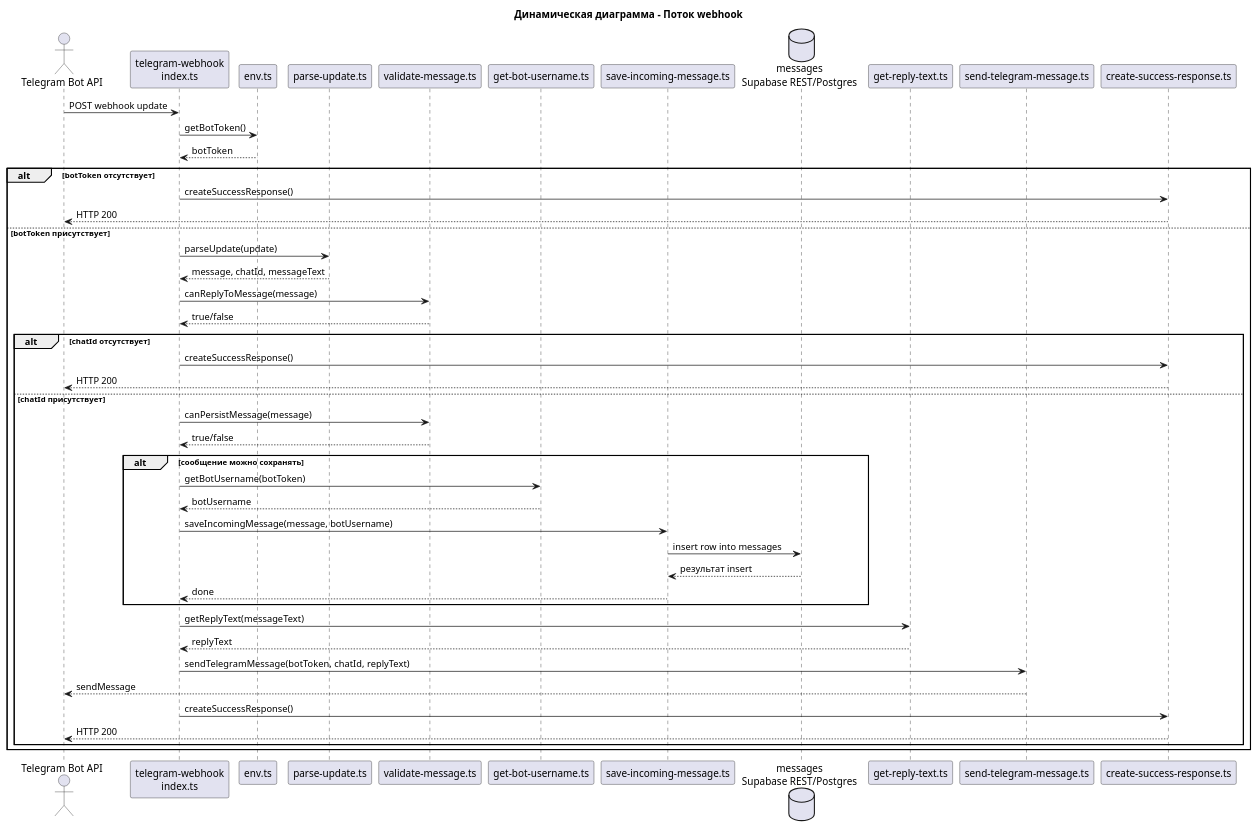
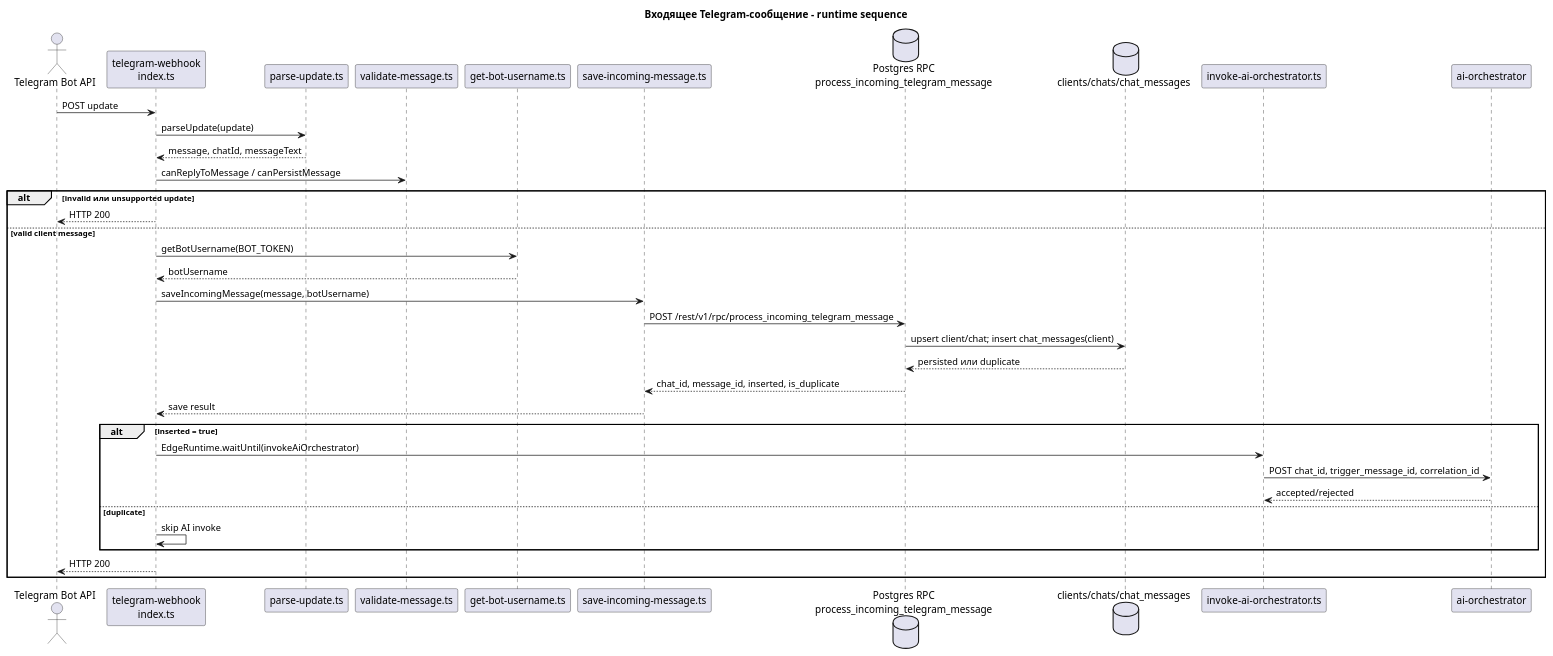
One commit to AbdulkaevGadel/vibeCodeFS changed the diagram in docs/c4/dynamic-webhook-flow.puml. Above: the diagram before and after it, drawn with PlantUML. The commit also changed 20 other files, not shown here.

Commit message:
docs(architecture): update ERD and C4 diagrams

```diff
--- a/docs/c4/dynamic-webhook-flow.puml
+++ b/docs/c4/dynamic-webhook-flow.puml
@@ -1,54 +1,43 @@
 @startuml
-title Динамическая диаграмма - Поток webhook
+title Входящее Telegram-сообщение - runtime sequence
 
 actor "Telegram Bot API" as Telegram
-participant "telegram-webhook\nindex.ts" as Entry
-participant "env.ts" as Env
+participant "telegram-webhook\nindex.ts" as Webhook
 participant "parse-update.ts" as Parser
 participant "validate-message.ts" as Validation
 participant "get-bot-username.ts" as BotResolver
 participant "save-incoming-message.ts" as Persistence
-database "messages\nSupabase REST/Postgres" as Db
-participant "get-reply-text.ts" as ReplyBuilder
-participant "send-telegram-message.ts" as Sender
-participant "create-success-response.ts" as Success
+database "Postgres RPC\nprocess_incoming_telegram_message" as Rpc
+database "clients/chats/chat_messages" as Db
+participant "invoke-ai-orchestrator.ts" as InvokeAI
+participant "ai-orchestrator" as AI
 
-Telegram -> Entry: POST webhook update
-Entry -> Env: getBotToken()
-Env --> Entry: botToken
+Telegram -> Webhook: POST update
+Webhook -> Parser: parseUpdate(update)
+Parser --> Webhook: message, chatId, messageText
+Webhook -> Validation: canReplyToMessage / canPersistMessage
 
-alt botToken отсутствует
-  Entry -> Success: createSuccessResponse()
-  Success --> Telegram: HTTP 200
-else botToken присутствует
-Entry -> Parser: parseUpdate(update)
-Parser --> Entry: message, chatId, messageText
-Entry -> Validation: canReplyToMessage(message)
-Validation --> Entry: true/false
+alt invalid или unsupported update
+  Webhook --> Telegram: HTTP 200
+else valid client message
+  Webhook -> BotResolver: getBotUsername(BOT_TOKEN)
+  BotResolver --> Webhook: botUsername
+  Webhook -> Persistence: saveIncomingMessage(message, botUsername)
+  Persistence -> Rpc: POST /rest/v1/rpc/process_incoming_telegram_message
+  Rpc -> Db: upsert client/chat; insert chat_messages(client)
+  Db --> Rpc: persisted или duplicate
+  Rpc --> Persistence: chat_id, message_id, inserted, is_duplicate
+  Persistence --> Webhook: save result
 
-alt chatId отсутствует
-  Entry -> Success: createSuccessResponse()
-  Success --> Telegram: HTTP 200
-else chatId присутствует
-  Entry -> Validation: canPersistMessage(message)
-  Validation --> Entry: true/false
-
-  alt сообщение можно сохранять
-    Entry -> BotResolver: getBotUsername(botToken)
-    BotResolver --> Entry: botUsername
-    Entry -> Persistence: saveIncomingMessage(message, botUsername)
-    Persistence -> Db: insert row into messages
-    Db --> Persistence: результат insert
-    Persistence --> Entry: done
+  alt inserted = true
+    Webhook -> InvokeAI: EdgeRuntime.waitUntil(invokeAiOrchestrator)
+    InvokeAI -> AI: POST chat_id, trigger_message_id, correlation_id
+    AI --> InvokeAI: accepted/rejected
+  else duplicate
+    Webhook -> Webhook: skip AI invoke
   end
 
-  Entry -> ReplyBuilder: getReplyText(messageText)
-  ReplyBuilder --> Entry: replyText
-  Entry -> Sender: sendTelegramMessage(botToken, chatId, replyText)
-  Sender --> Telegram: sendMessage
-  Entry -> Success: createSuccessResponse()
-  Success --> Telegram: HTTP 200
-end
+  Webhook --> Telegram: HTTP 200
 end
 
 @enduml
```
